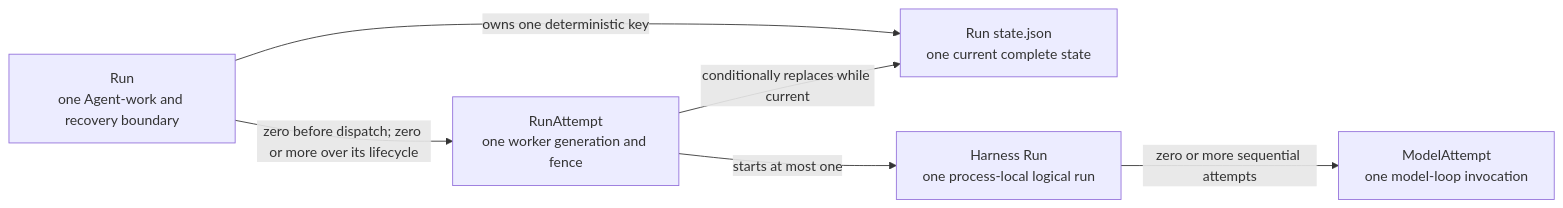
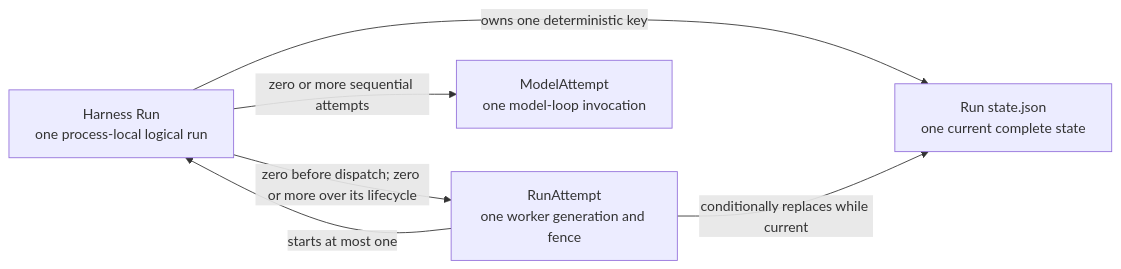
Before and after one commit to LTThreeComma/agent-foundation: the second of 4 diagrams in spec/foundation-service/12-run-persistence.md, drawn with Mermaid. The commit also changed other lines of this file and 42 other files, not shown here.

````diff
--- a/spec/foundation-service/12-run-persistence.md
+++ b/spec/foundation-service/12-run-persistence.md
@@ -279,14 +279,14 @@
 ```mermaid
 flowchart LR
-    DurableRun["Run<br/>one Agent-work and recovery boundary"]
+    Run["Run<br/>one Agent-work and recovery boundary"]
     State["Run state.json<br/>one current complete state"]
     Attempt["RunAttempt<br/>one worker generation and fence"]
-    HarnessRun["Harness Run<br/>one process-local logical run"]
-    ModelAttempt["ModelAttempt<br/>one model-loop invocation"]
+    Run["Harness Run<br/>one process-local logical run"]
+    Model["ModelAttempt<br/>one model-loop invocation"]
 
-    DurableRun -->|"owns one deterministic key"| State
-    DurableRun -->|"zero before dispatch; zero or more over its lifecycle"| Attempt
-    Attempt -->|"starts at most one"| HarnessRun
-    HarnessRun -->|"zero or more sequential attempts"| ModelAttempt
+    Run -->|"owns one deterministic key"| State
+    Run -->|"zero before dispatch; zero or more over its lifecycle"| Attempt
+    Attempt -->|"starts at most one"| Run
+    Run -->|"zero or more sequential attempts"| Model
     Attempt -->|"conditionally replaces while current"| State
 ```
````
